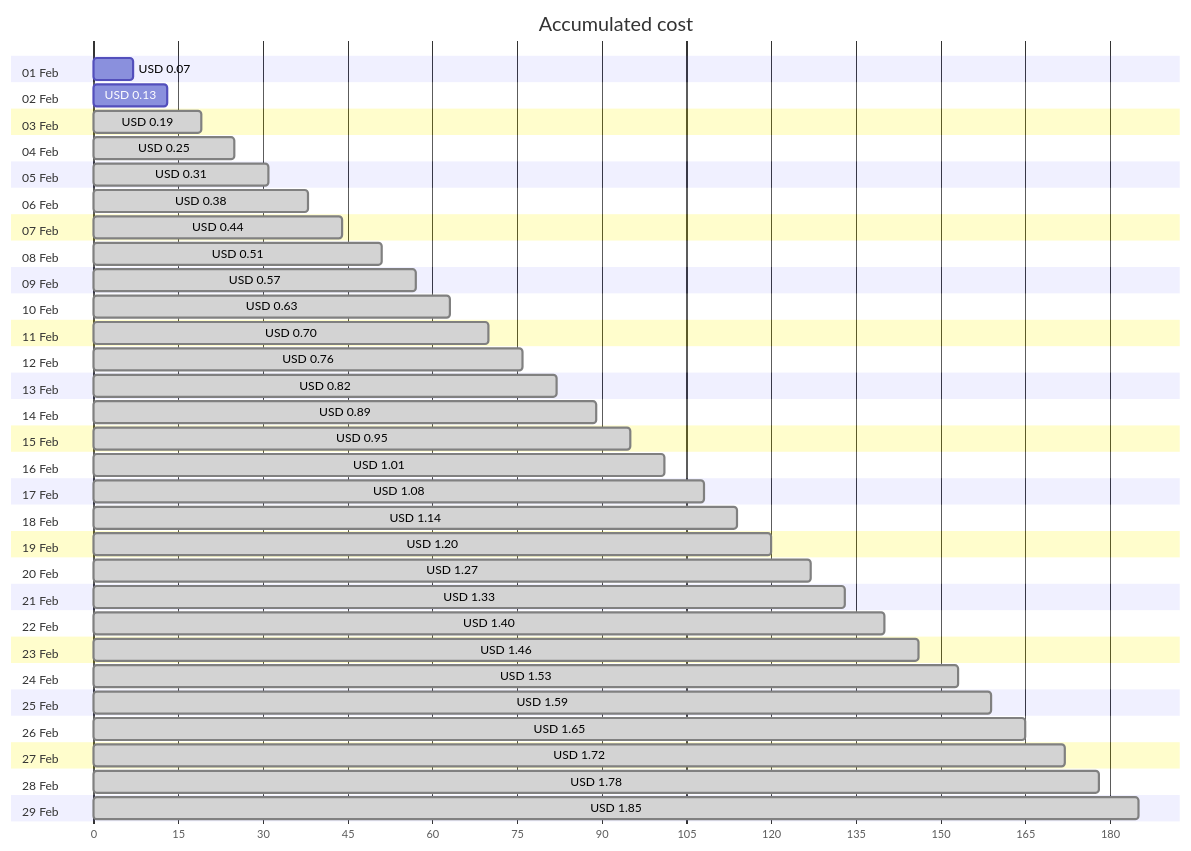
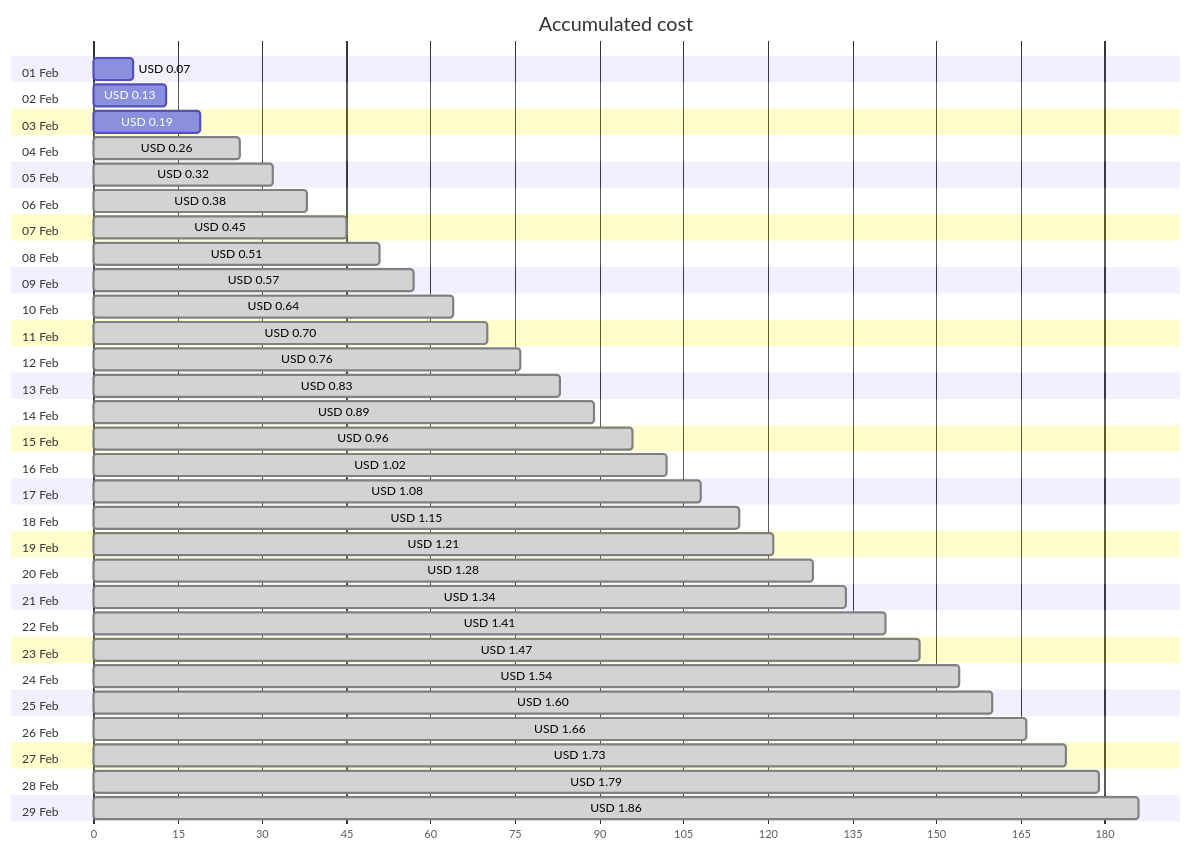
Before and after one commit to jpfulton/azure-personal-reports: the first of 4 diagrams in cost-reports/personal-network/vpn-server_OsDisk.md, drawn with Mermaid. The commit also changed other lines of this file and 8 other files, not shown here.

````diff
--- a/cost-reports/personal-network/vpn-server_OsDisk.md
+++ b/cost-reports/personal-network/vpn-server_OsDisk.md
@@ -20,64 +20,64 @@
 ```mermaid
 gantt
    title Accumulated cost
    dateFormat  X
    axisFormat %s
    section 01 Feb
    USD 0.07 :0, 7
    section 02 Feb
    USD 0.13 :0, 13
    section 03 Feb
-   USD 0.19 : done, 0, 19
+   USD 0.19 :0, 19
    section 04 Feb
-   USD 0.25 : done, 0, 25
+   USD 0.26 : done, 0, 26
    section 05 Feb
-   USD 0.31 : done, 0, 31
+   USD 0.32 : done, 0, 32
    section 06 Feb
    USD 0.38 : done, 0, 38
    section 07 Feb
-   USD 0.44 : done, 0, 44
+   USD 0.45 : done, 0, 45
    section 08 Feb
    USD 0.51 : done, 0, 51
    section 09 Feb
    USD 0.57 : done, 0, 57
    section 10 Feb
-   USD 0.63 : done, 0, 63
+   USD 0.64 : done, 0, 64
    section 11 Feb
    USD 0.70 : done, 0, 70
    section 12 Feb
    USD 0.76 : done, 0, 76
    section 13 Feb
-   USD 0.82 : done, 0, 82
+   USD 0.83 : done, 0, 83
    section 14 Feb
    USD 0.89 : done, 0, 89
    section 15 Feb
-   USD 0.95 : done, 0, 95
+   USD 0.96 : done, 0, 96
    section 16 Feb
-   USD 1.01 : done, 0, 101
+   USD 1.02 : done, 0, 102
    section 17 Feb
    USD 1.08 : done, 0, 108
    section 18 Feb
-   USD 1.14 : done, 0, 114
+   USD 1.15 : done, 0, 115
    section 19 Feb
-   USD 1.20 : done, 0, 120
+   USD 1.21 : done, 0, 121
    section 20 Feb
-   USD 1.27 : done, 0, 127
+   USD 1.28 : done, 0, 128
    section 21 Feb
-   USD 1.33 : done, 0, 133
+   USD 1.34 : done, 0, 134
    section 22 Feb
-   USD 1.40 : done, 0, 140
+   USD 1.41 : done, 0, 141
    section 23 Feb
-   USD 1.46 : done, 0, 146
+   USD 1.47 : done, 0, 147
    section 24 Feb
-   USD 1.53 : done, 0, 153
+   USD 1.54 : done, 0, 154
    section 25 Feb
-   USD 1.59 : done, 0, 159
+   USD 1.60 : done, 0, 160
    section 26 Feb
-   USD 1.65 : done, 0, 165
+   USD 1.66 : done, 0, 166
    section 27 Feb
-   USD 1.72 : done, 0, 172
+   USD 1.73 : done, 0, 173
    section 28 Feb
-   USD 1.78 : done, 0, 178
+   USD 1.79 : done, 0, 179
    section 29 Feb
-   USD 1.85 : done, 0, 185
+   USD 1.86 : done, 0, 186
 ```
````
